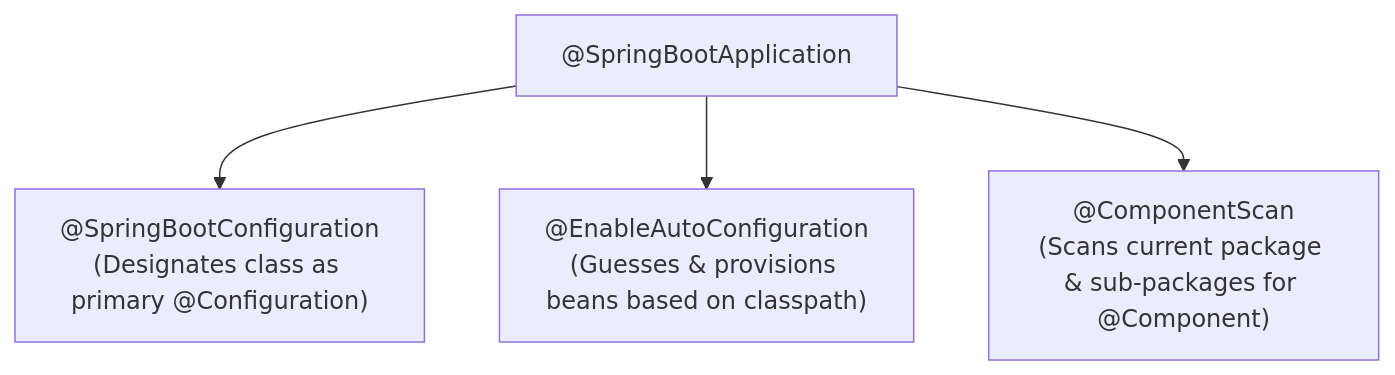
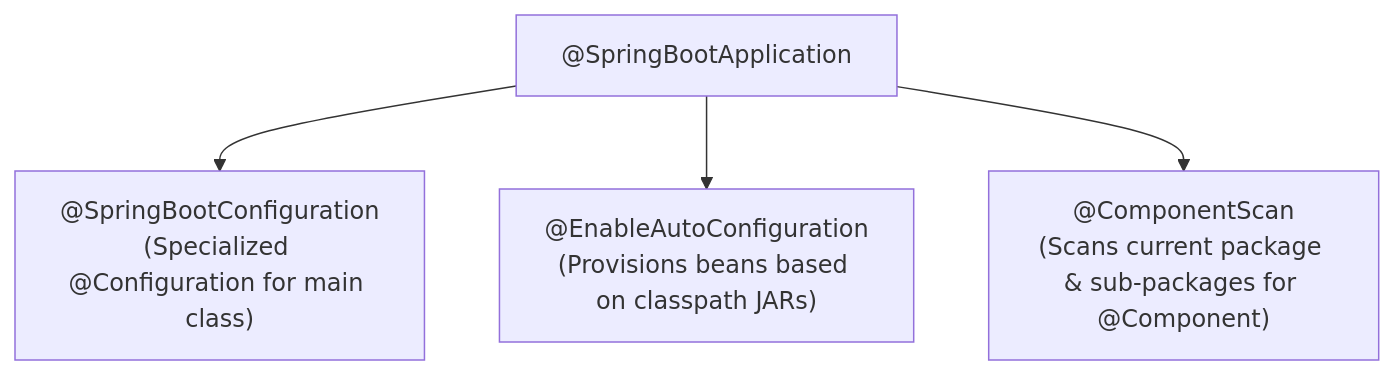
The second of 9 diagrams in 06-Java-and-Spring-Boot/02-Spring-Boot-and-Web-MVC.md (rohithgowda18/Notes), drawn with Mermaid before and after one commit. The commit also changed other lines of this file and 13 other files, not shown here.

Commit message:
docs: upgrade Spring Boot study guides to Spring Boot 3+, Spring 6, Security 6, Jakarta, and add architecture diagrams

````diff
--- a/06-Java-and-Spring-Boot/02-Spring-Boot-and-Web-MVC.md
+++ b/06-Java-and-Spring-Boot/02-Spring-Boot-and-Web-MVC.md
@@ -73,7 +75,7 @@
 ```mermaid
 flowchart TD
     SBA["@SpringBootApplication"]
-    SBA --> A1["@SpringBootConfiguration<br>(Designates class as primary @Configuration)"]
-    SBA --> A2["@EnableAutoConfiguration<br>(Guesses & provisions beans based on classpath)"]
+    SBA --> A1["@SpringBootConfiguration<br>(Specialized @Configuration for main class)"]
+    SBA --> A2["@EnableAutoConfiguration<br>(Provisions beans based on classpath JARs)"]
     SBA --> A3["@ComponentScan<br>(Scans current package & sub-packages for @Component)"]
 ```
````
